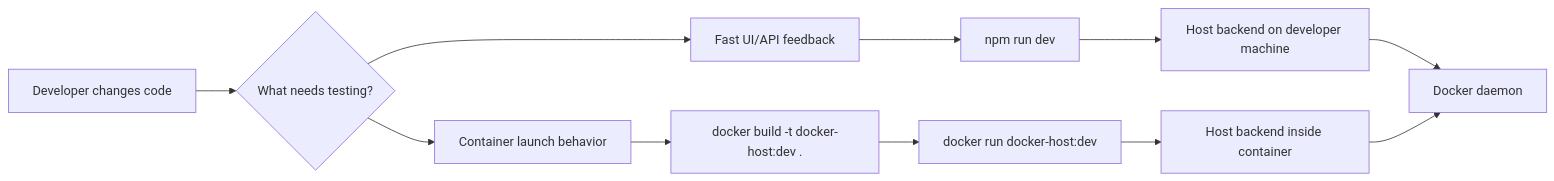
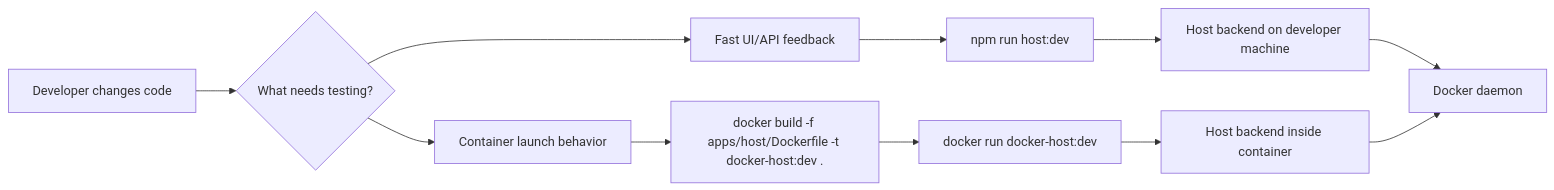
The diagram in docs/features/local-development.md (alex-de-haas/docker-host), drawn with Mermaid before and after one commit. The commit also changed other lines of this file and 60 other files, not shown here.

````diff
--- a/docs/features/local-development.md
+++ b/docs/features/local-development.md
@@ -14,13 +14,13 @@
 ```mermaid
 flowchart LR
   A["Developer changes code"] --> B{"What needs testing?"}
   B --> C["Fast UI/API feedback"]
   B --> D["Container launch behavior"]
-  C --> E["npm run dev"]
+  C --> E["npm run host:dev"]
   E --> F["Host backend on developer machine"]
   F --> G["Docker daemon"]
-  D --> H["docker build -t docker-host:dev ."]
+  D --> H["docker build -f apps/host/Dockerfile -t docker-host:dev ."]
   H --> I["docker run docker-host:dev"]
   I --> J["Host backend inside container"]
   J --> G
 ```
````
